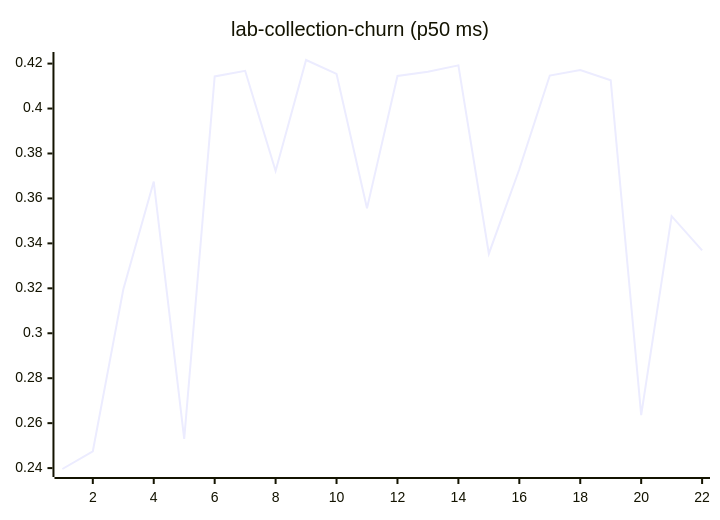
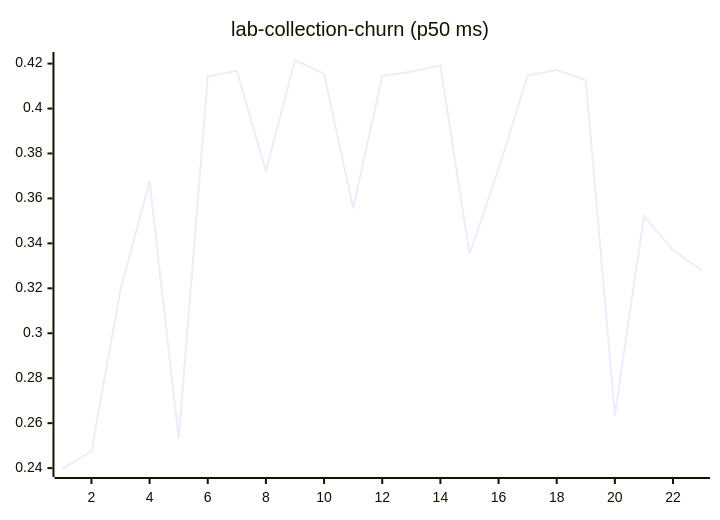
Diagram 11 of 27 in README.md (josha/Facet), drawn with Mermaid before and after one commit. The commit also changed other lines of this file and 2 other files, not shown here.

````diff
--- a/README.md
+++ b/README.md
@@ -133,6 +133,6 @@
 ```mermaid
 xychart-beta
     title "lab-collection-churn (p50 ms)"
-    x-axis 1 --> 22
-    line [0.2396, 0.2475, 0.3195, 0.3675, 0.2530, 0.4143, 0.4168, 0.3722, 0.4216, 0.4154, 0.3556, 0.4145, 0.4164, 0.4192, 0.3354, 0.3730, 0.4147, 0.4171, 0.4126, 0.2636, 0.3521, 0.3369]
+    x-axis 1 --> 23
+    line [0.2396, 0.2475, 0.3195, 0.3675, 0.2530, 0.4143, 0.4168, 0.3722, 0.4216, 0.4154, 0.3556, 0.4145, 0.4164, 0.4192, 0.3354, 0.3730, 0.4147, 0.4171, 0.4126, 0.2636, 0.3521, 0.3369, 0.3280]
 ```
````
